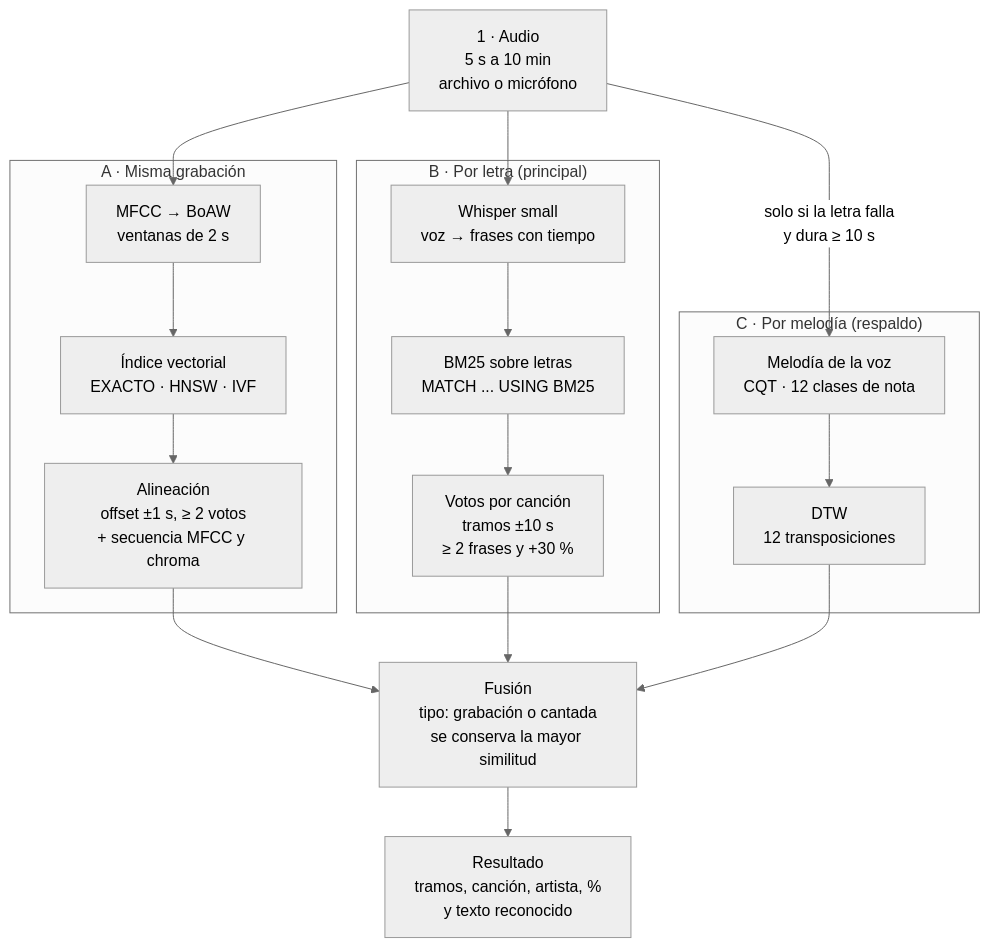
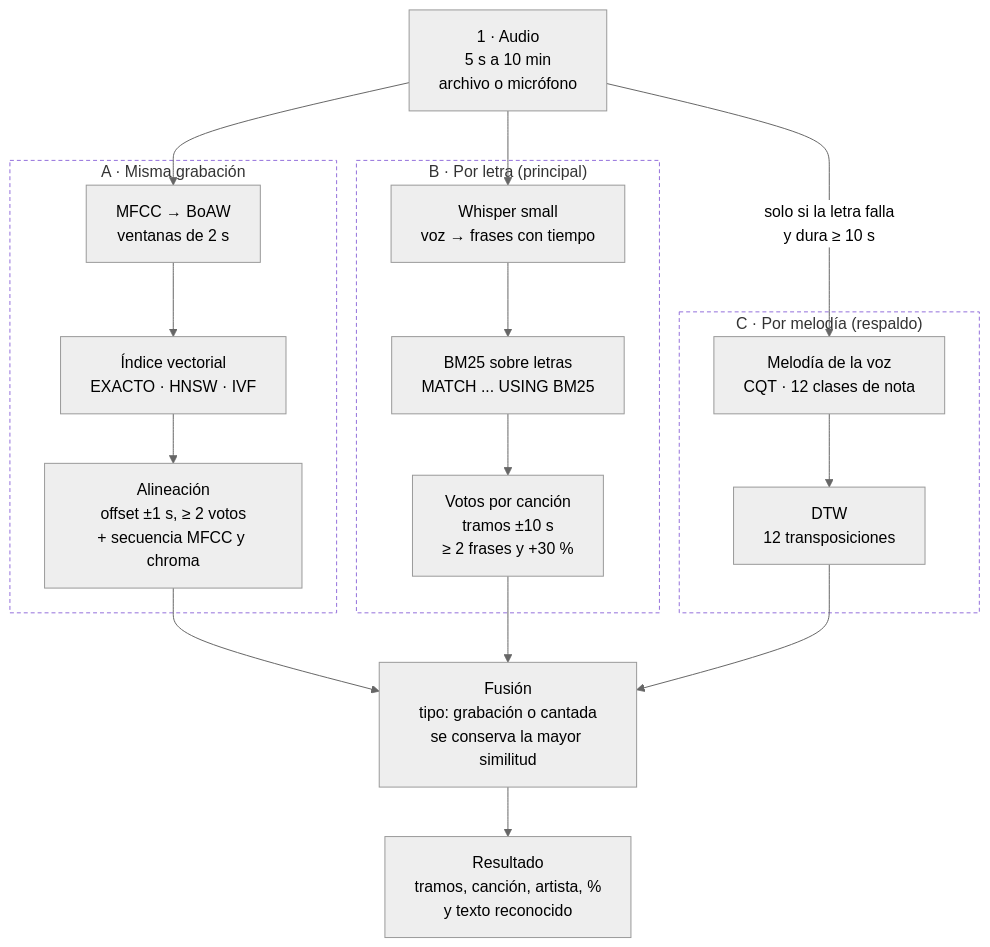
Before and after one commit to iranalvarez27/Proyecto-BD2: the second of 3 diagrams in README.md, drawn with Mermaid (neutral theme).

Commit message:
fix(readme): actualizar gráfica

````diff
--- a/README.md
+++ b/README.md
@@ -802,20 +802,22 @@
 ```mermaid
 flowchart TD
     AUD["1 · Audio<br/>5 s a 10 min<br/>archivo o micrófono"]
     subgraph A["A · Misma grabación"]
         A1["MFCC → BoAW<br/>ventanas de 2 s"] --> A2["Índice vectorial<br/>EXACTO · HNSW · IVF"] --> A3["Alineación<br/>offset ±1 s, ≥ 2 votos<br/>+ secuencia MFCC y chroma"]
     end
     subgraph B["B · Por letra (principal)"]
         B1["Whisper small<br/>voz → frases con tiempo"] --> B2["BM25 sobre letras<br/>MATCH ... USING BM25"] --> B3["Votos por canción<br/>tramos ±10 s<br/>≥ 2 frases y +30 %"]
     end
     subgraph C["C · Por melodía (respaldo)"]
         C1["Melodía de la voz<br/>CQT · 12 clases de nota"] --> C2["DTW<br/>12 transposiciones"]
     end
     AUD --> A1
     AUD --> B1
     AUD -->|"solo si la letra falla<br/>y dura ≥ 10 s"| C1
     A3 --> FUS["Fusión<br/>tipo: grabación o cantada<br/>se conserva la mayor similitud"]
     B3 --> FUS
     C2 --> FUS
     FUS --> RES["Resultado<br/>tramos, canción, artista, %<br/>y texto reconocido"]
+    classDef carril fill:none,stroke:#9370db,stroke-width:1px,stroke-dasharray:4 3
+    class A,B,C carril
 ```
````
